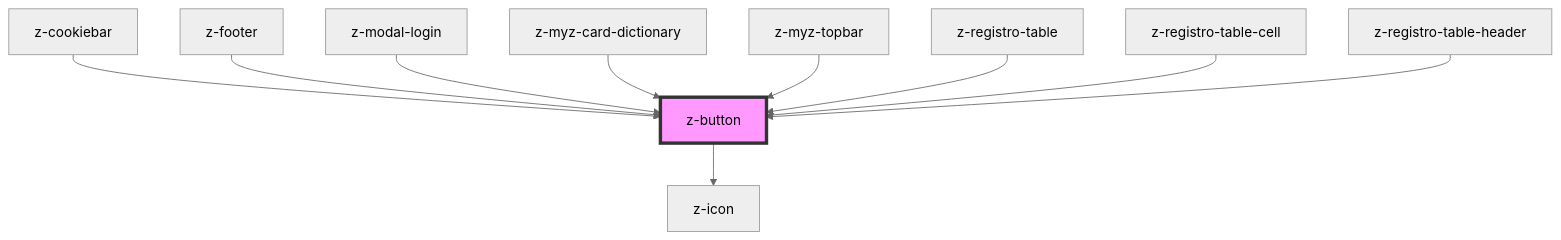
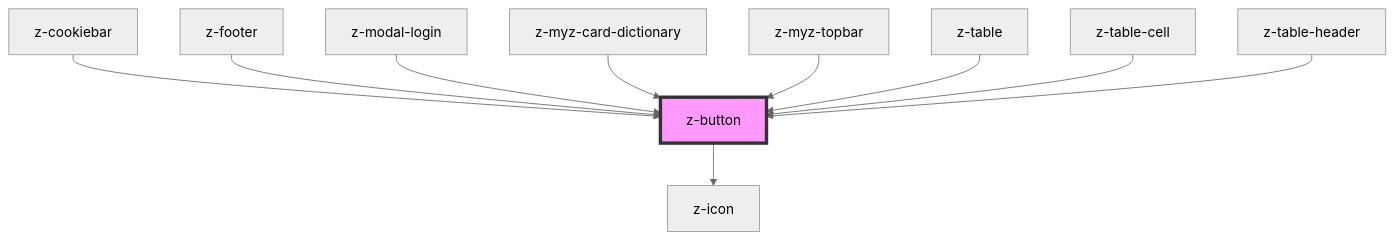
The diagram in src/components/buttons/z-button/readme.md (ZanichelliEditore/design-system), drawn with Mermaid (neutral theme) before and after one commit. The commit also changed other lines of this file and 10 other files, not shown here.

````diff
--- a/src/components/buttons/z-button/readme.md
+++ b/src/components/buttons/z-button/readme.md
@@ -71,13 +71,13 @@
 ```mermaid
 graph TD;
   z-button --> z-icon
   z-cookiebar --> z-button
   z-footer --> z-button
   z-modal-login --> z-button
   z-myz-card-dictionary --> z-button
   z-myz-topbar --> z-button
-  z-registro-table --> z-button
-  z-registro-table-cell --> z-button
-  z-registro-table-header --> z-button
+  z-table --> z-button
+  z-table-cell --> z-button
+  z-table-header --> z-button
   style z-button fill:#f9f,stroke:#333,stroke-width:4px
 ```
````
